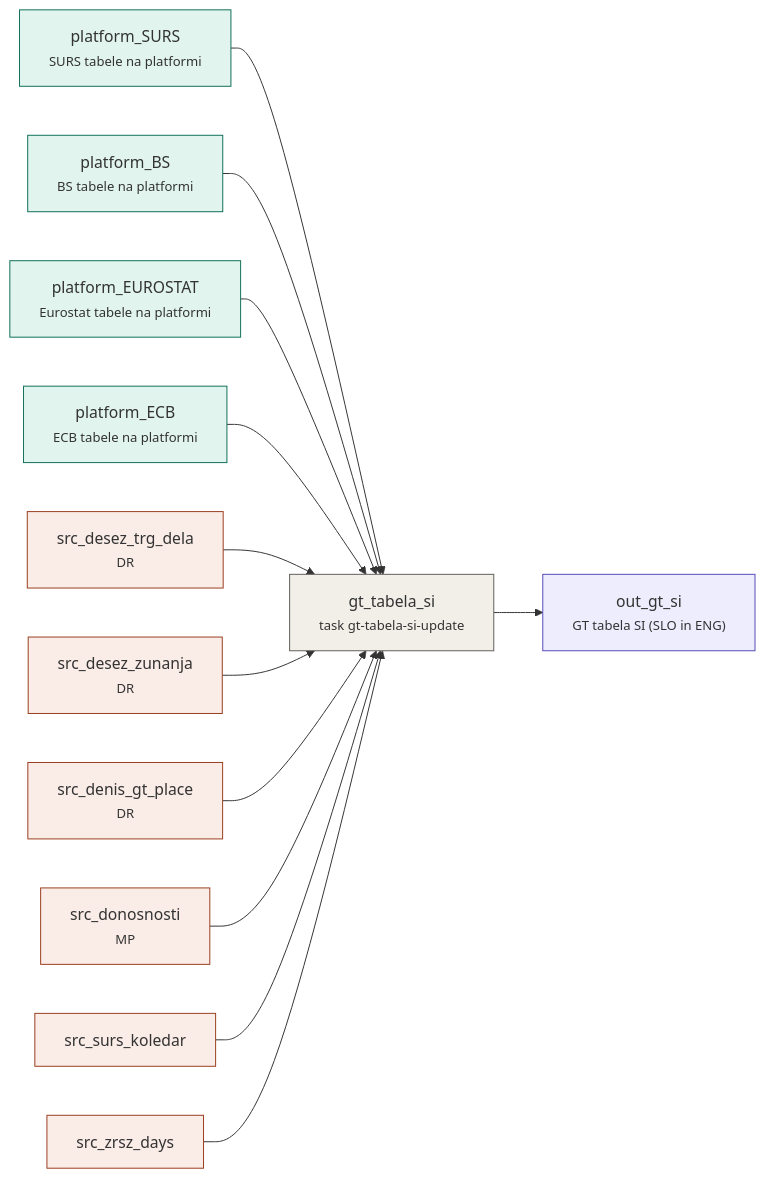
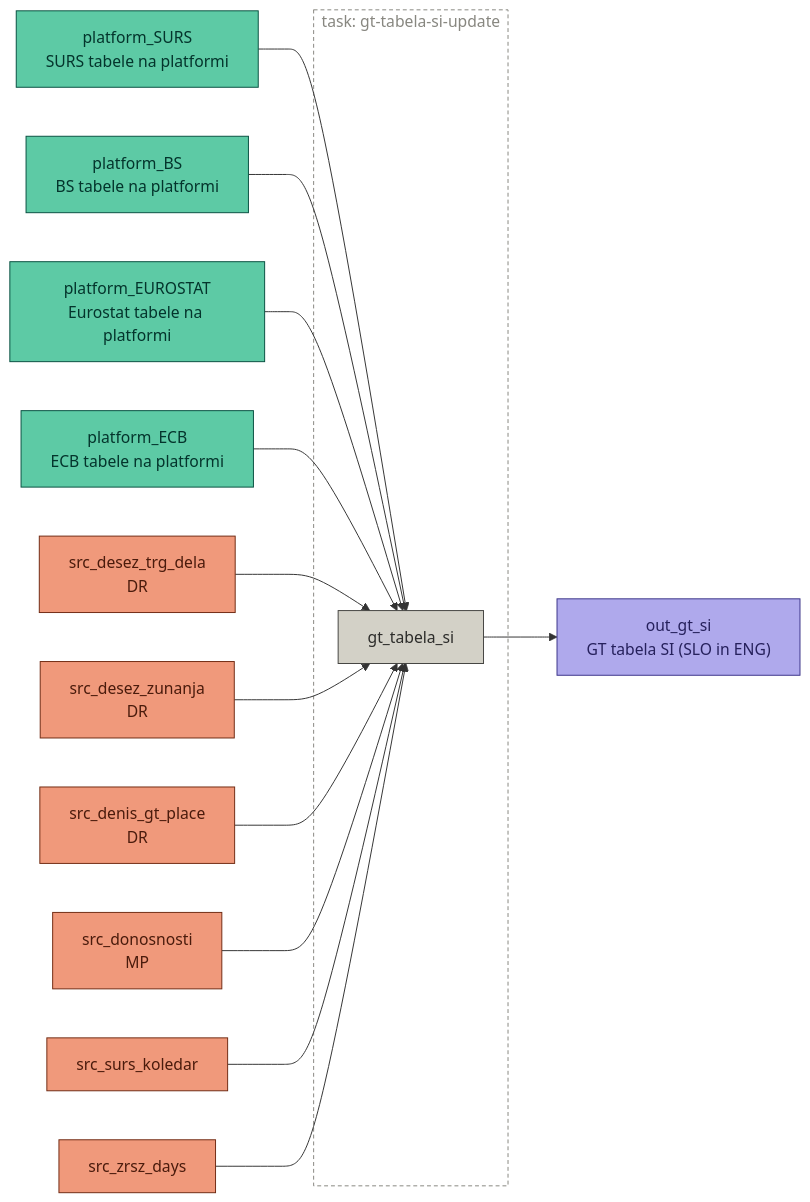
Before and after one commit to majazaloznik/umar-automation-scripts: the diagram in docs/pipelines/task-gt-tabela-si-update.md, drawn with Mermaid. The commit also changed 31 other files, not shown here.

Commit message:
Update mermaid plots in pipelines

````diff
--- a/docs/pipelines/task-gt-tabela-si-update.md
+++ b/docs/pipelines/task-gt-tabela-si-update.md
@@ -21,30 +21,33 @@
 ```mermaid
 flowchart LR
-  src_desez_trg_dela["src_desez_trg_dela<br/><small>DR</small>"]:::source
-  src_desez_zunanja["src_desez_zunanja<br/><small>DR</small>"]:::source
-  src_denis_gt_place["src_denis_gt_place<br/><small>DR</small>"]:::source
-  src_donosnosti["src_donosnosti<br/><small>MP</small>"]:::source
-  src_surs_koledar["src_surs_koledar<br/><small></small>"]:::source
-  src_zrsz_days["src_zrsz_days<br/><small></small>"]:::source
-  platform_SURS["platform_SURS<br/><small>SURS tabele na platformi</small>"]:::store
-  platform_BS["platform_BS<br/><small>BS tabele na platformi</small>"]:::store
-  platform_EUROSTAT["platform_EUROSTAT<br/><small>Eurostat tabele na platformi</small>"]:::store
-  platform_ECB["platform_ECB<br/><small>ECB tabele na platformi</small>"]:::store
-  out_gt_si["out_gt_si<br/><small>GT tabela SI (SLO in ENG)</small>"]:::output
-  gt_tabela_si["gt_tabela_si<br/><small>task gt-tabela-si-update</small>"]:::step
+  src_desez_trg_dela["src_desez_trg_dela<br/>DR"]:::source
+  src_desez_zunanja["src_desez_zunanja<br/>DR"]:::source
+  src_denis_gt_place["src_denis_gt_place<br/>DR"]:::source
+  src_donosnosti["src_donosnosti<br/>MP"]:::source
+  src_surs_koledar["src_surs_koledar"]:::source
+  src_zrsz_days["src_zrsz_days"]:::source
+  platform_SURS["platform_SURS<br/>SURS tabele na platformi"]:::store
+  platform_BS["platform_BS<br/>BS tabele na platformi"]:::store
+  platform_EUROSTAT["platform_EUROSTAT<br/>Eurostat tabele na platformi"]:::store
+  platform_ECB["platform_ECB<br/>ECB tabele na platformi"]:::store
+  out_gt_si["out_gt_si<br/>GT tabela SI (SLO in ENG)"]:::output
+  subgraph task_gt_tabela_si_update["task: gt-tabela-si-update"]
+    gt_tabela_si["gt_tabela_si"]:::step
+  end
+  style task_gt_tabela_si_update fill:none,stroke:#888780,stroke-dasharray:4 3,color:#888780
   platform_SURS --> gt_tabela_si
   platform_BS --> gt_tabela_si
   platform_EUROSTAT --> gt_tabela_si
   platform_ECB --> gt_tabela_si
   src_desez_trg_dela --> gt_tabela_si
   src_desez_zunanja --> gt_tabela_si
   src_denis_gt_place --> gt_tabela_si
   src_donosnosti --> gt_tabela_si
   src_surs_koledar --> gt_tabela_si
   src_zrsz_days --> gt_tabela_si
   gt_tabela_si --> out_gt_si
-  classDef source fill:#FAECE7,stroke:#993C1D
-  classDef step fill:#F1EFE8,stroke:#5F5E5A
-  classDef store fill:#E1F5EE,stroke:#0F6E56
-  classDef output fill:#EEEDFE,stroke:#534AB7
+  classDef source fill:#F0997B,stroke:#712B13,color:#4A1B0C,stroke-width:1px
+  classDef step fill:#D3D1C7,stroke:#444441,color:#2C2C2A,stroke-width:1px
+  classDef store fill:#5DCAA5,stroke:#085041,color:#04342C,stroke-width:1px
+  classDef output fill:#AFA9EC,stroke:#3C3489,color:#26215C,stroke-width:1px
 ```
````
